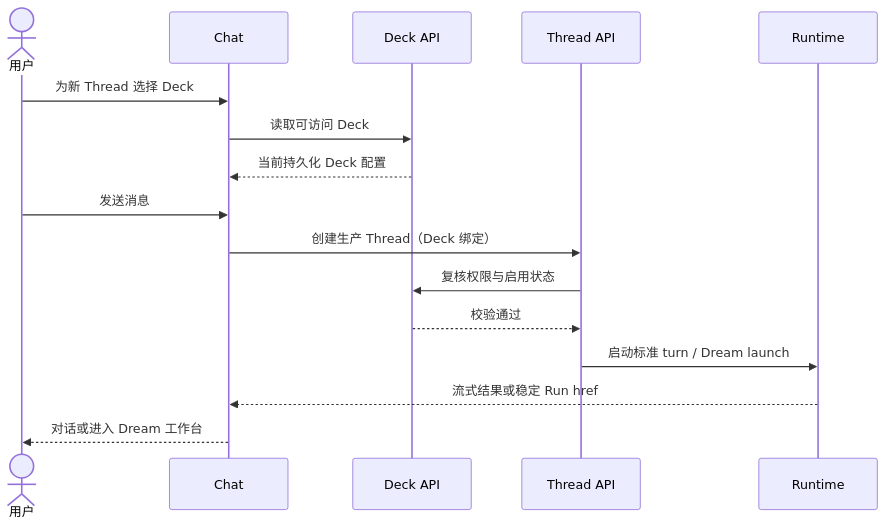
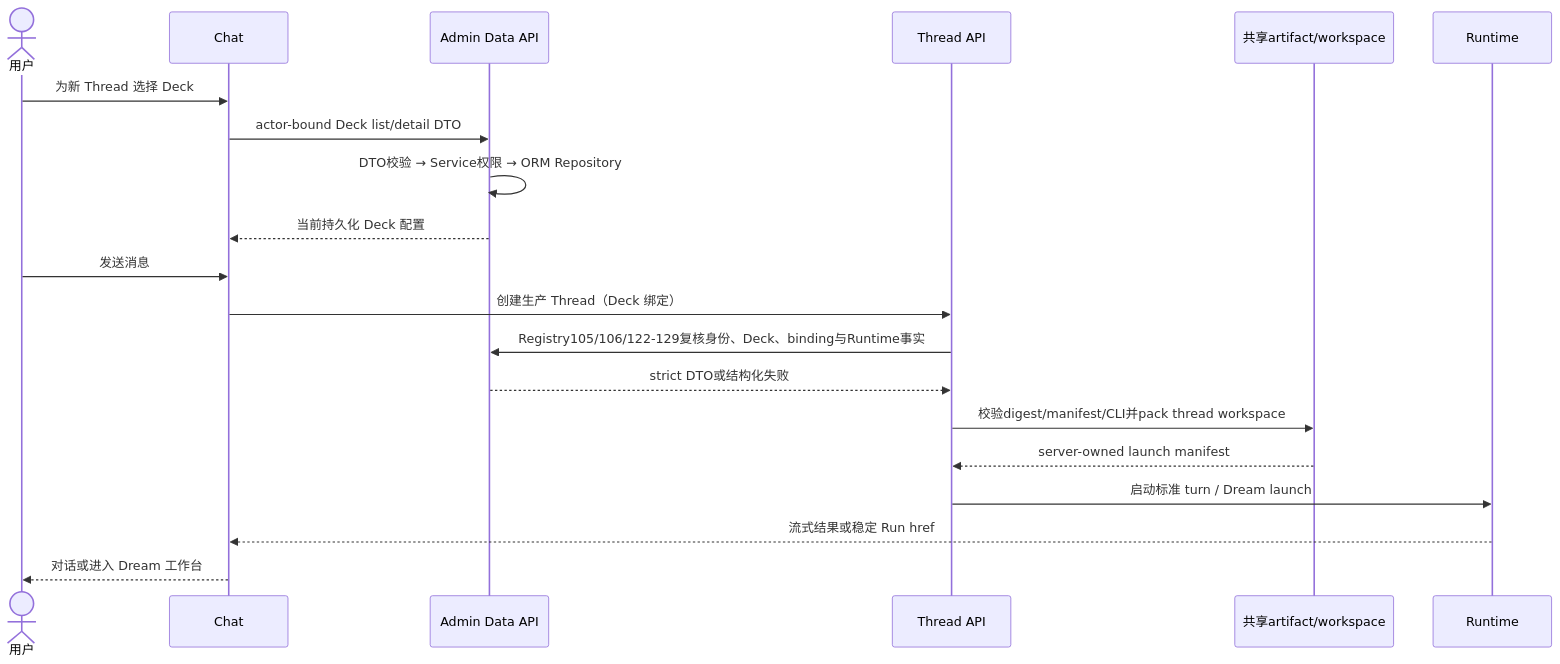
One commit to glide-the/im-dream changed the diagram in docs/design/deck/dream-chat-agent-deck-interaction.md. Above: the diagram before and after it, drawn with Mermaid. The commit also changed other lines of this file and 15 other files, not shown here.

````diff
--- a/docs/design/deck/dream-chat-agent-deck-interaction.md
+++ b/docs/design/deck/dream-chat-agent-deck-interaction.md
@@ -42,18 +46,22 @@
 ```mermaid
 sequenceDiagram
     actor U as 用户
     participant C as Chat
-    participant D as Deck API
+    participant A as Admin Data API
     participant T as Thread API
+    participant F as 共享artifact/workspace
     participant R as Runtime
     U->>C: 为新 Thread 选择 Deck
-    C->>D: 读取可访问 Deck
-    D-->>C: 当前持久化 Deck 配置
+    C->>A: actor-bound Deck list/detail DTO
+    A->>A: DTO校验 → Service权限 → ORM Repository
+    A-->>C: 当前持久化 Deck 配置
     U->>C: 发送消息
     C->>T: 创建生产 Thread（Deck 绑定）
-    T->>D: 复核权限与启用状态
-    D-->>T: 校验通过
+    T->>A: Registry105/106/122-129复核身份、Deck、binding与Runtime事实
+    A-->>T: strict DTO或结构化失败
+    T->>F: 校验digest/manifest/CLI并pack thread workspace
+    F-->>T: server-owned launch manifest
     T->>R: 启动标准 turn / Dream launch
     R-->>C: 流式结果或稳定 Run href
     C-->>U: 对话或进入 Dream 工作台
 ```
````
